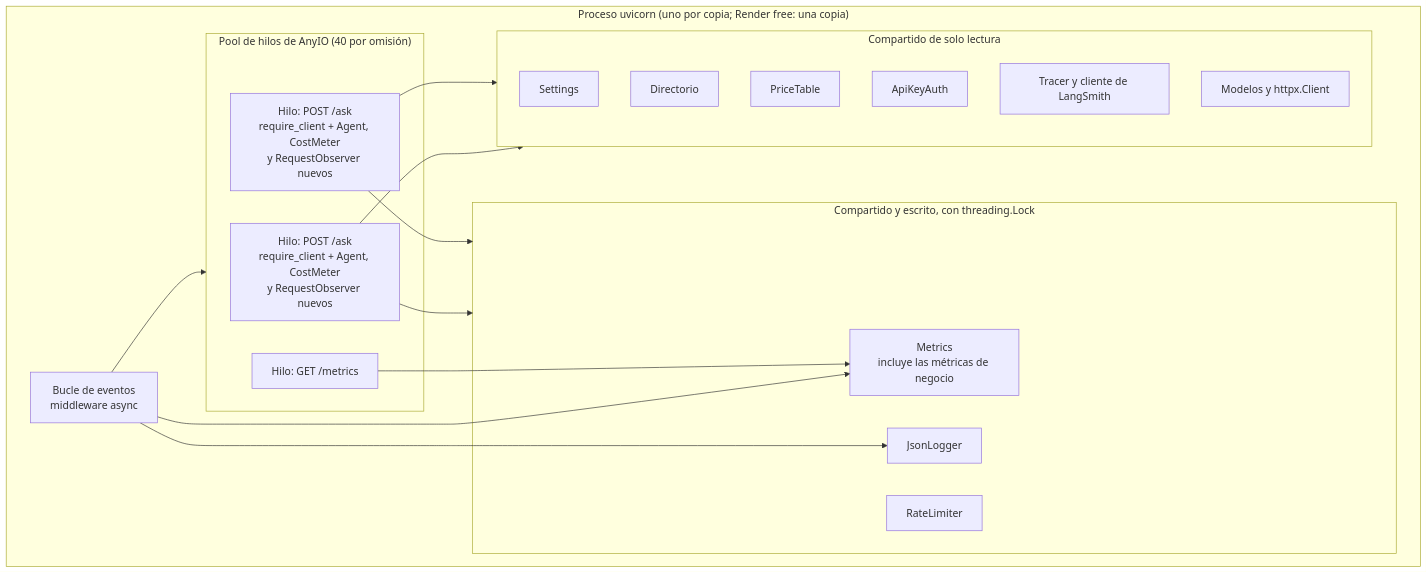
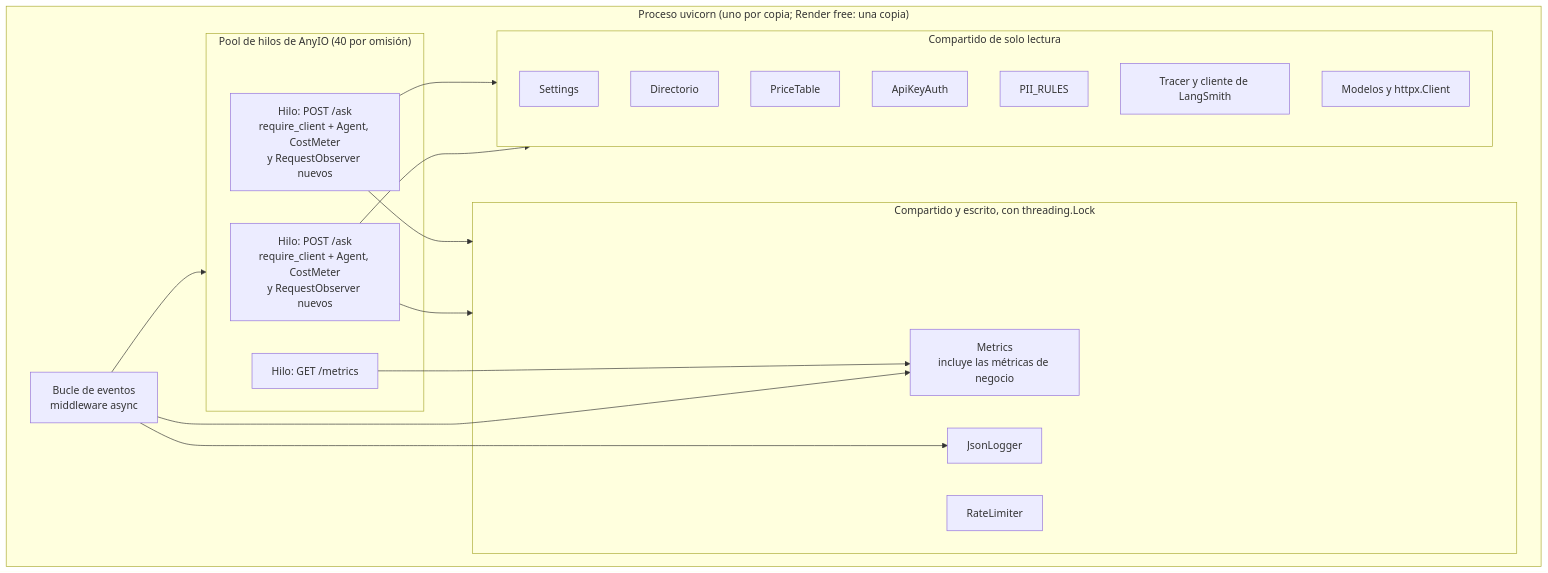
Before and after one commit to EAPH96/Fabric-AI-M4: the sixth of 8 diagrams in doc/architecture.md, drawn with Mermaid. The commit also changed other lines of this file and 22 other files, not shown here.

````diff
--- a/doc/architecture.md
+++ b/doc/architecture.md
@@ -149,32 +197,33 @@
 ```mermaid
 flowchart TB
     subgraph PROC["Proceso uvicorn (uno por copia; Render free: una copia)"]
         EL["Bucle de eventos<br/>middleware async"]
         subgraph POOL["Pool de hilos de AnyIO (40 por omisión)"]
             H1["Hilo: POST /ask<br/>require_client + Agent, CostMeter<br/>y RequestObserver nuevos"]
             H2["Hilo: POST /ask<br/>require_client + Agent, CostMeter<br/>y RequestObserver nuevos"]
             H3["Hilo: GET /metrics"]
         end
         EL --> POOL
         subgraph SHARED["Compartido y escrito, con threading.Lock"]
             MET["Metrics<br/>incluye las métricas de negocio"]
             LOG["JsonLogger"]
             RL["RateLimiter"]
         end
         subgraph RO["Compartido de solo lectura"]
             CFG["Settings"]
             DIR["Directorio"]
             PRI["PriceTable"]
             AUTH["ApiKeyAuth"]
+            PIIR["PII_RULES"]
             TRC["Tracer y cliente de LangSmith"]
             MOD["Modelos y httpx.Client"]
         end
         EL --> MET
         EL --> LOG
         H1 --> SHARED
         H2 --> SHARED
         H3 --> MET
         H1 --> RO
         H2 --> RO
     end
 ```
````
